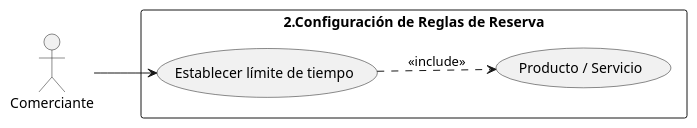
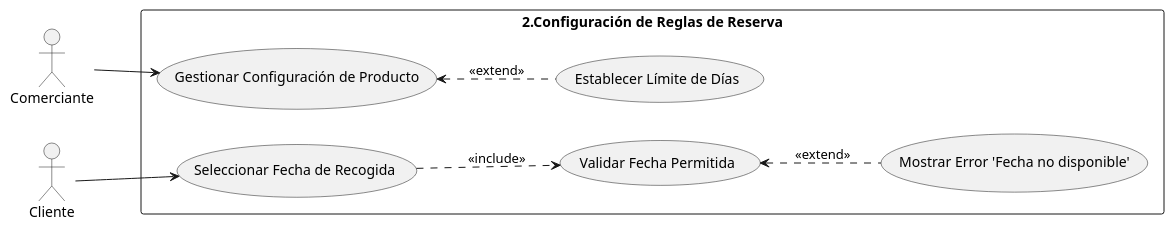
One commit to cnordia/Casos-de-usos changed the diagram in 2.Configuración de Reglas de Reserva.puml. Above: the diagram before and after it, drawn with PlantUML. The commit also changed 12 other files, not shown here.

```diff
--- a/2.Configuración de Reglas de Reserva.puml
+++ b/2.Configuración de Reglas de Reserva.puml
@@ -1,19 +1,31 @@
 @startuml
 left to right direction
 skinparam packageStyle rectangle
 
-
-actor "Comerciante" as C
-
+actor "Comerciante" as M
+actor "Cliente" as C
 
 rectangle "2.Configuración de Reglas de Reserva" {
   
-  (Establecer límite de tiempo) as UC1
-  (Producto / Servicio) as UC2
- }
+  (Gestionar Configuración de Producto) as UC_Config
   
+  (Establecer Límite de Días) as UC_Establecer
+  
+  (Seleccionar Fecha de Recogida) as UC_Fecha
+  
+  (Validar Fecha Permitida) as UC_Validar
+  (Mostrar Error 'Fecha no disponible') as UC_Error
+}
 
-C --> UC1
-UC1 ..> UC2: <<include>>
+M --> UC_Config
+
+UC_Config <.. UC_Establecer : <<extend>>
+
+C --> UC_Fecha
+
+UC_Fecha ..> UC_Validar : <<include>>
+
+UC_Validar <.. UC_Error : <<extend>>
+
 
 @enduml
```
